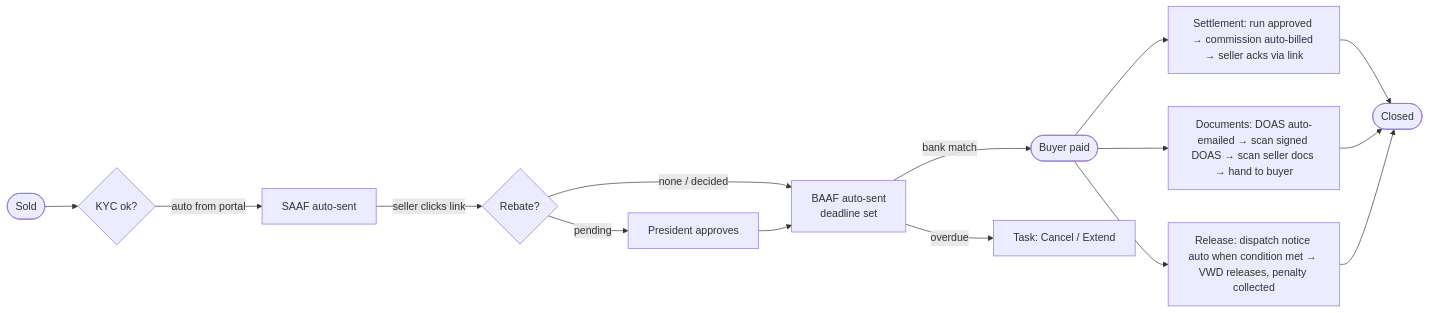
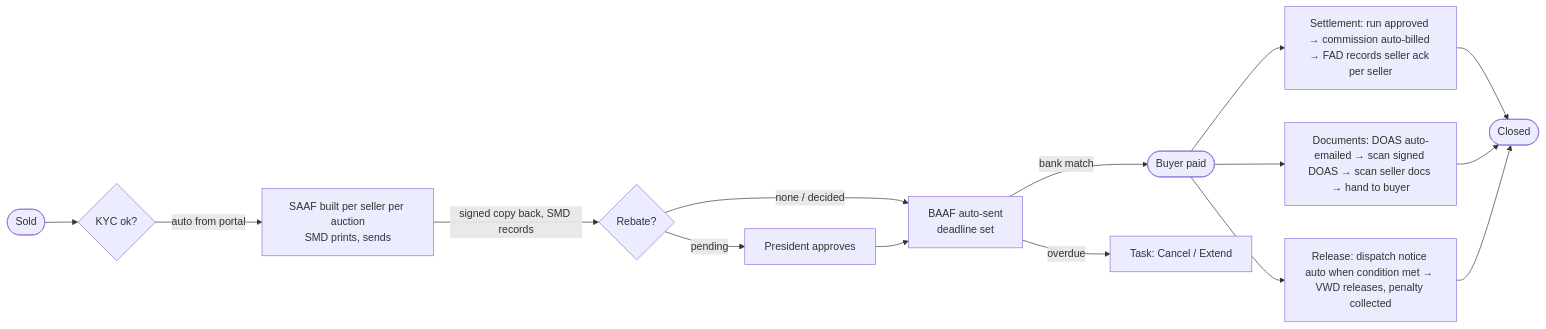
One commit to philips-glitch/JBAP-CDMSCR changed the second of 2 diagrams in v2-concept/README.md. Above: the diagram before and after it, drawn with Mermaid. The commit also changed other lines of this file and 1 other file, not shown here.

Commit message:
docs(v2-concept): describe the SAAF form flow and drop seller links from the guide and README

````diff
--- a/v2-concept/README.md
+++ b/v2-concept/README.md
@@ -87,14 +87,14 @@
 ```mermaid
 flowchart LR
   S([Sold]) --> K{KYC ok?}
-  K -- auto from portal --> SF[SAAF auto-sent]
-  SF -- seller clicks link --> R{Rebate?}
+  K -- auto from portal --> SF[SAAF built per seller per auction<br/>SMD prints, sends]
+  SF -- signed copy back, SMD records --> R{Rebate?}
   R -- none / decided --> B[BAAF auto-sent<br/>deadline set]
   R -- pending --> P[President approves] --> B
   B -- bank match --> PD([Buyer paid])
   B -- overdue --> X[Task: Cancel / Extend]
-  PD --> T1[Settlement: run approved → commission auto-billed → seller acks via link]
+  PD --> T1[Settlement: run approved → commission auto-billed → FAD records seller ack per seller]
   PD --> T2[Documents: DOAS auto-emailed → scan signed DOAS → scan seller docs → hand to buyer]
   PD --> T3[Release: dispatch notice auto when condition met → VWD releases, penalty collected]
   T1 & T2 & T3 --> C([Closed])
 ```
````
